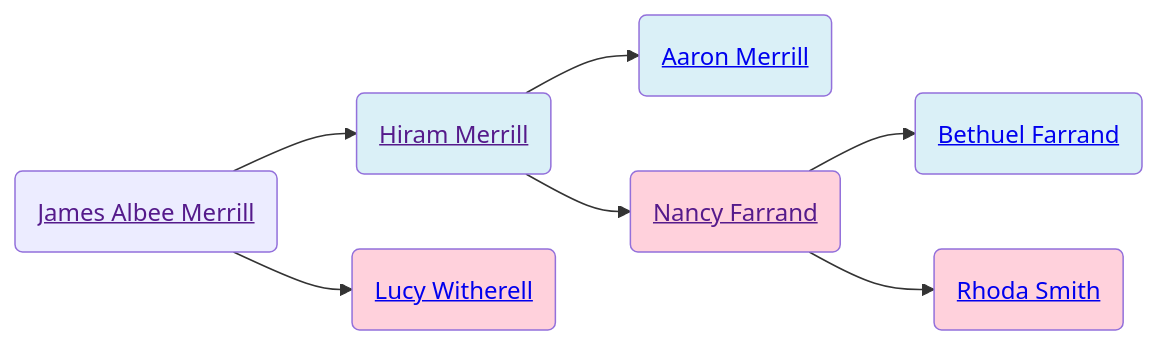
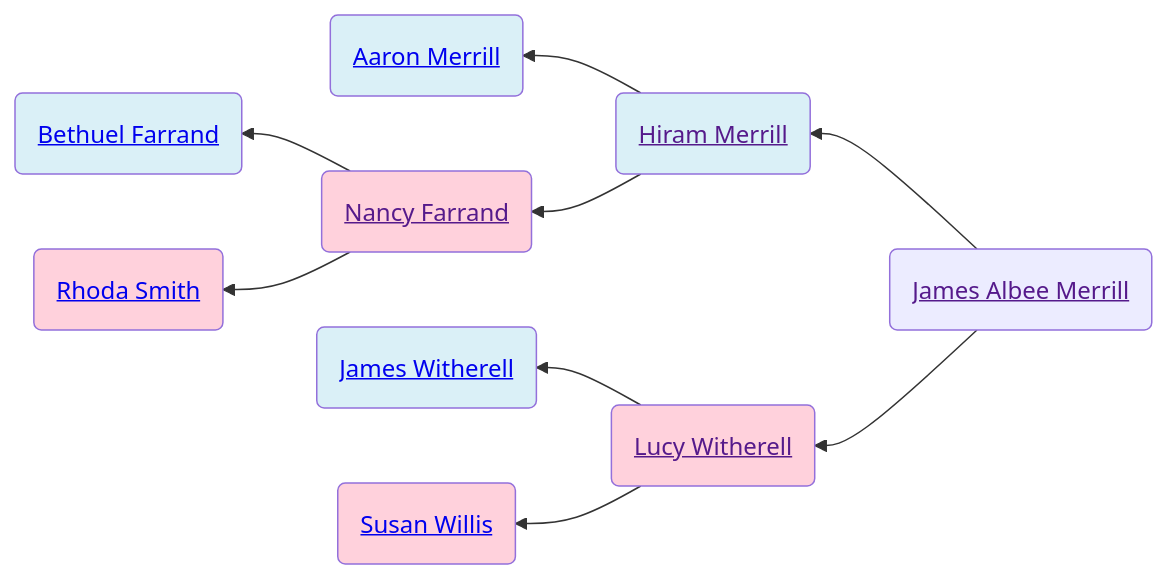
One commit to neelsmith/avocational changed the first of 2 diagrams in familyhistory/sources/people/Merrill-line/James_Albee_Merrill.qmd. Above: the diagram before and after it, drawn with Mermaid. The commit also changed other lines of this file and 109 other files, not shown here.

````diff
--- a/familyhistory/sources/people/Merrill-line/James_Albee_Merrill.qmd
+++ b/familyhistory/sources/people/Merrill-line/James_Albee_Merrill.qmd
@@ -19,19 +26,23 @@
 ```{mermaid}
-graph LR
+graph RL
 James_Albee_Merrill(<a href=''>James Albee Merrill</>) -->  Hiram_Merrill(<a href='./Hiram_Merrill.html'>Hiram Merrill</>)
 Hiram_Merrill(<a href=''>Hiram Merrill</>) -->  Aaron_Merrill(<a href='./Aaron_Merrill.html'>Aaron Merrill</>)
 class Aaron_Merrill father
 Hiram_Merrill(<a href=''>Hiram Merrill</>)  --> Nancy_Farrand(<a href='./Nancy_Farrand.html'>Nancy Farrand</>)
 Nancy_Farrand(<a href=''>Nancy Farrand</>) -->  Bethuel_Farrand(<a href='./White-line/Grandey/Bethuel_Farrand.html'>Bethuel Farrand</>)
 class Bethuel_Farrand father
 Nancy_Farrand(<a href=''>Nancy Farrand</>)  --> Rhoda_Smith(<a href='./Rhoda_Smith.html'>Rhoda Smith</>)
 class Rhoda_Smith mother
 class Nancy_Farrand mother
 class Hiram_Merrill father
 James_Albee_Merrill(<a href=''>James Albee Merrill</>)  --> Lucy_Witherell(<a href='./Lucy_Witherell.html'>Lucy Witherell</>)
+Lucy_Witherell(<a href=''>Lucy Witherell</>) -->  James_Witherell(<a href='./James_Witherell.html'>James Witherell</>)
+class James_Witherell father
+Lucy_Witherell(<a href=''>Lucy Witherell</>)  --> Susan_Willis(<a href='./Willis-line/Susan_Willis.html'>Susan Willis</>)
+class Susan_Willis mother
 class Lucy_Witherell mother
 classDef mother fill:#ffd1dc
 classDef father fill:#daf0f7  
 classDef marriage fill:#ffffff
 
 ```
````
